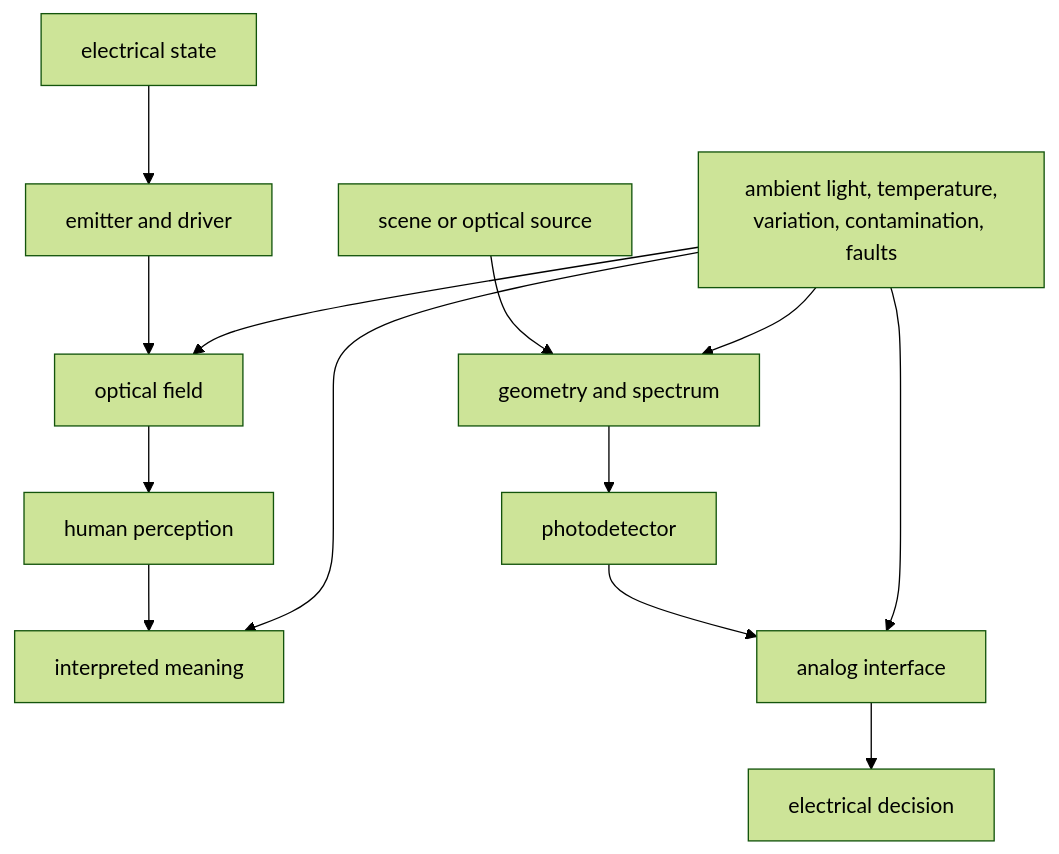
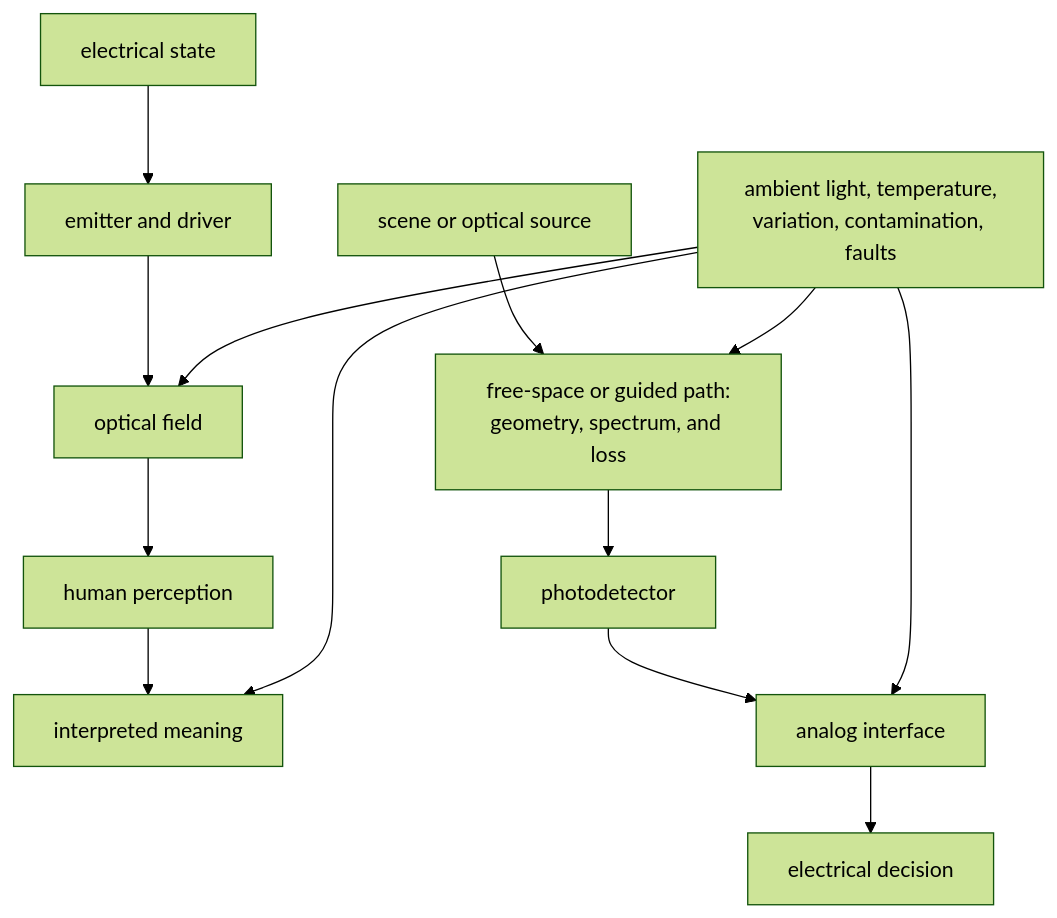
The diagram in curriculum/book/02-analog/a08-optoelectronics-hmi.qmd (azinke/emm.edu), drawn with Mermaid (forest theme) before and after one commit. The commit also changed other lines of this file and 19 other files, not shown here.

````diff
--- a/curriculum/book/02-analog/a08-optoelectronics-hmi.qmd
+++ b/curriculum/book/02-analog/a08-optoelectronics-hmi.qmd
@@ -59,21 +61,21 @@
 ```{mermaid}
 %%| label: fig-a08-conversion-chain
 %%| fig-cap: "The two optical conversion chains. Each arrow means that the upstream quantity influences the downstream quantity; it does not imply lossless or one-to-one conversion."
 %%| fig-alt: "The output chain runs from an electrical state through an emitter driver, optical field, display or indicator, human perception, and interpretation. The input chain runs from a scene through optical geometry, detector, analog interface, and electrical decision. Ambient light, temperature, component variation, contamination, and faults enter at several stages."
 %%| fig-width: 5.4
 flowchart TB
   S["electrical state"] --> ED["emitter and driver"]
   ED --> OF["optical field"]
   OF --> H["human perception"]
   H --> M["interpreted meaning"]
 
-  X["scene or optical source"] --> G["geometry and spectrum"]
+  X["scene or optical source"] --> G["free-space or guided path:<br/>geometry, spectrum, and loss"]
   G --> PD["photodetector"]
   PD --> A["analog interface"]
   A --> D["electrical decision"]
 
   N["ambient light, temperature,<br/>variation, contamination, faults"] --> OF
   N --> G
   N --> A
   N --> M
 ```
````
